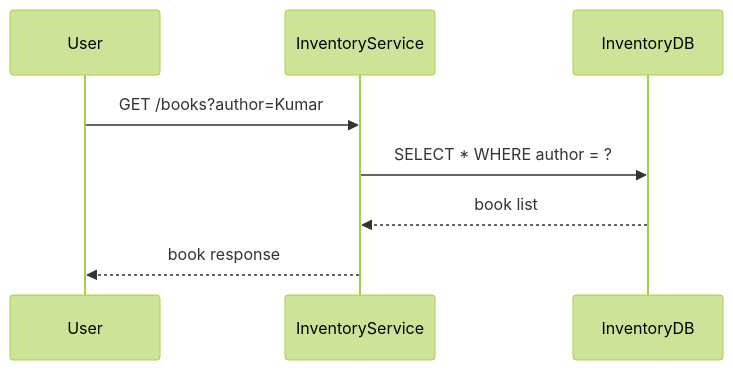
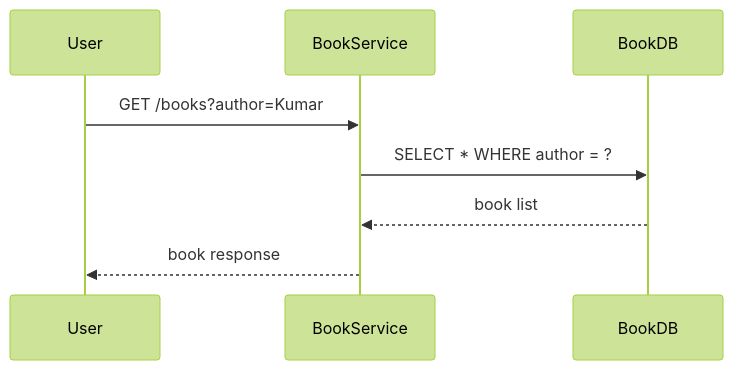
The third of 3 diagrams in Readme.md (itlakshmanan/smart-documents), drawn with Mermaid (forest theme) before and after one commit. The commit also changed other lines of this file, not shown here.

````diff
--- a/Readme.md
+++ b/Readme.md
@@ -139,12 +139,11 @@
 ```mermaid
 sequenceDiagram
     participant User
-    participant InventoryService
-    participant InventoryDB
+    participant BookService
+    participant BookDB
 
-    User->>InventoryService: GET /books?author=Kumar
-    InventoryService->>InventoryDB: SELECT * WHERE author = ?
-    InventoryDB-->>InventoryService: book list
-    InventoryService-->>User: book response
-
+    User->>BookService: GET /books?author=Kumar
+    BookService->>BookDB: SELECT * WHERE author = ?
+    BookDB-->>BookService: book list
+    BookService-->>User: book response
 ```
````
